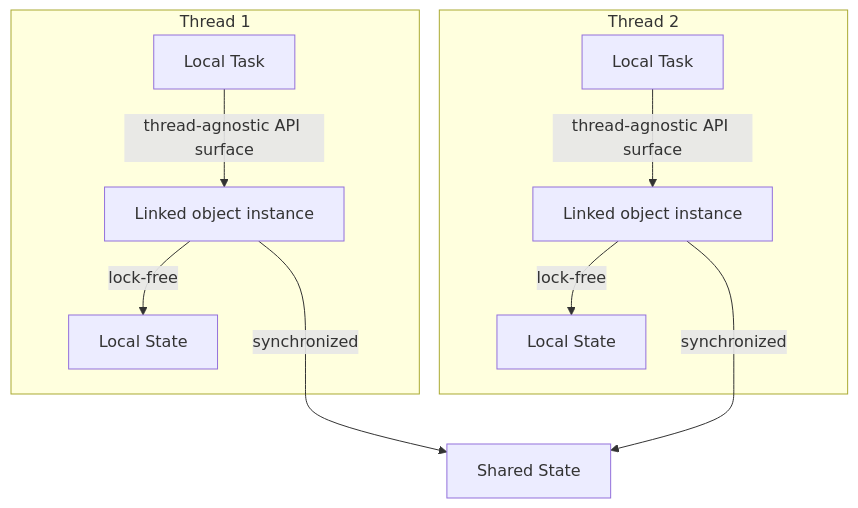
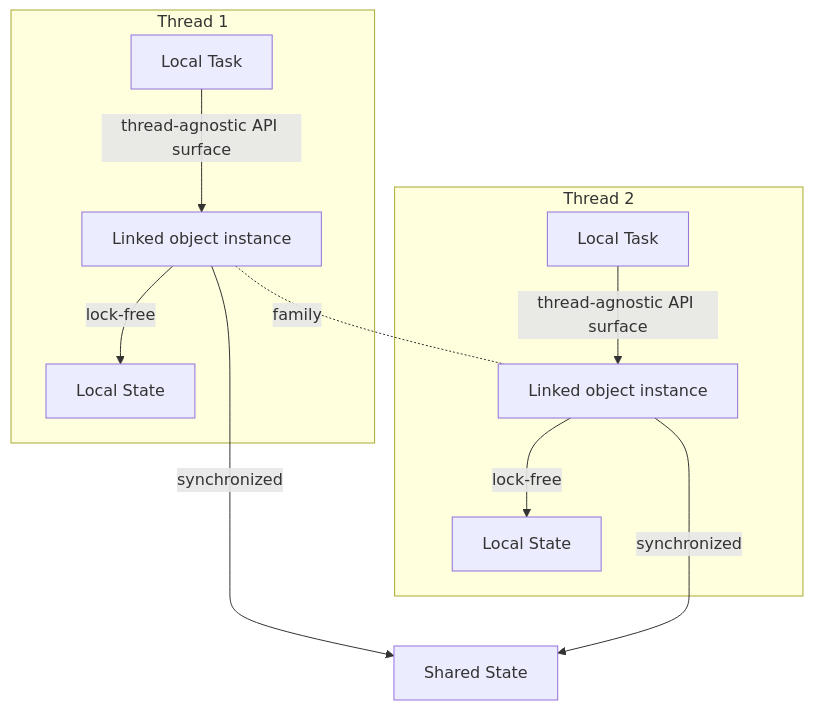
Before and after one commit to folo-rs/folo: the diagram in crates/linked/doc/linked.mermaid, drawn with Mermaid.

```diff
--- a/crates/linked/doc/linked.mermaid
+++ b/crates/linked/doc/linked.mermaid
@@ -1,17 +1,19 @@
 graph TD
     direction LR
     
     subgraph Thread1[Thread 1]
         Task1[Local Task] -->|thread-agnostic API surface| Instance1[Linked object instance]
         Instance1 -->|lock-free| Local1[Local State]
     end
     
     subgraph Thread2[Thread 2]
         Task2[Local Task] -->|thread-agnostic API surface| Instance2[Linked object instance]
         Instance2 -->|lock-free| Local2[Local State]
     end
     
     SS[Shared State]
 
     Instance1 --->|synchronized| SS
     Instance2 --->|synchronized| SS
+
+    Instance1 -.-|family| Instance2
```
